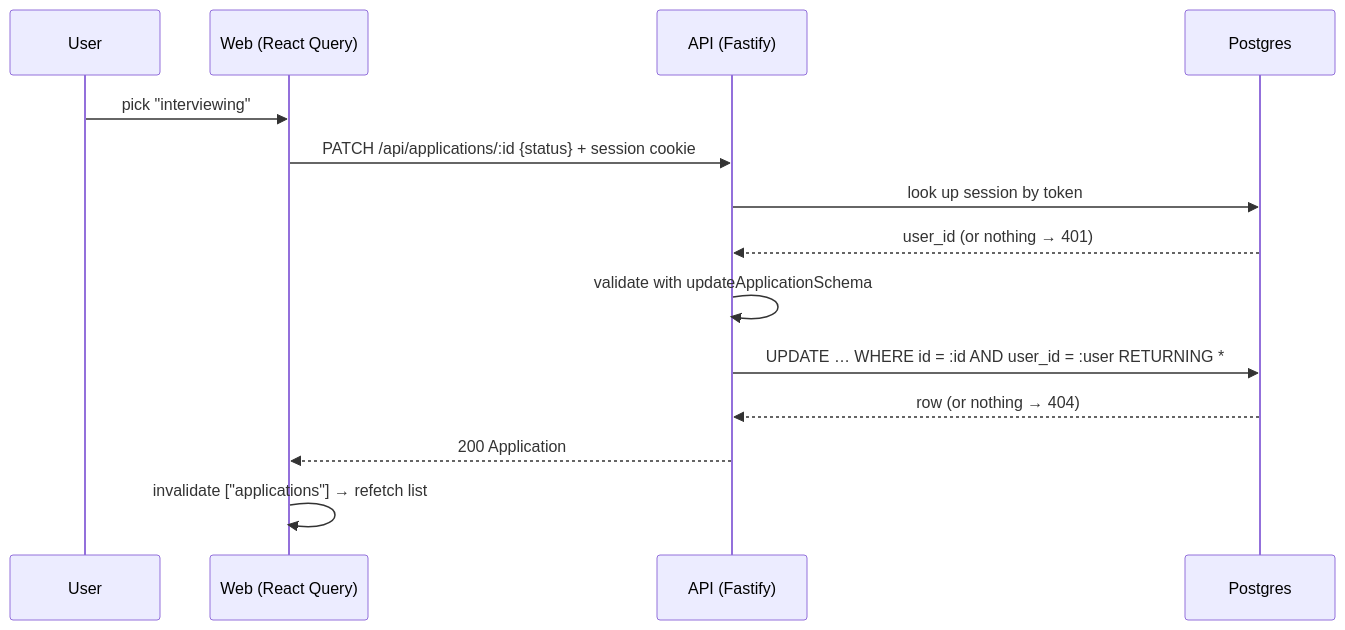
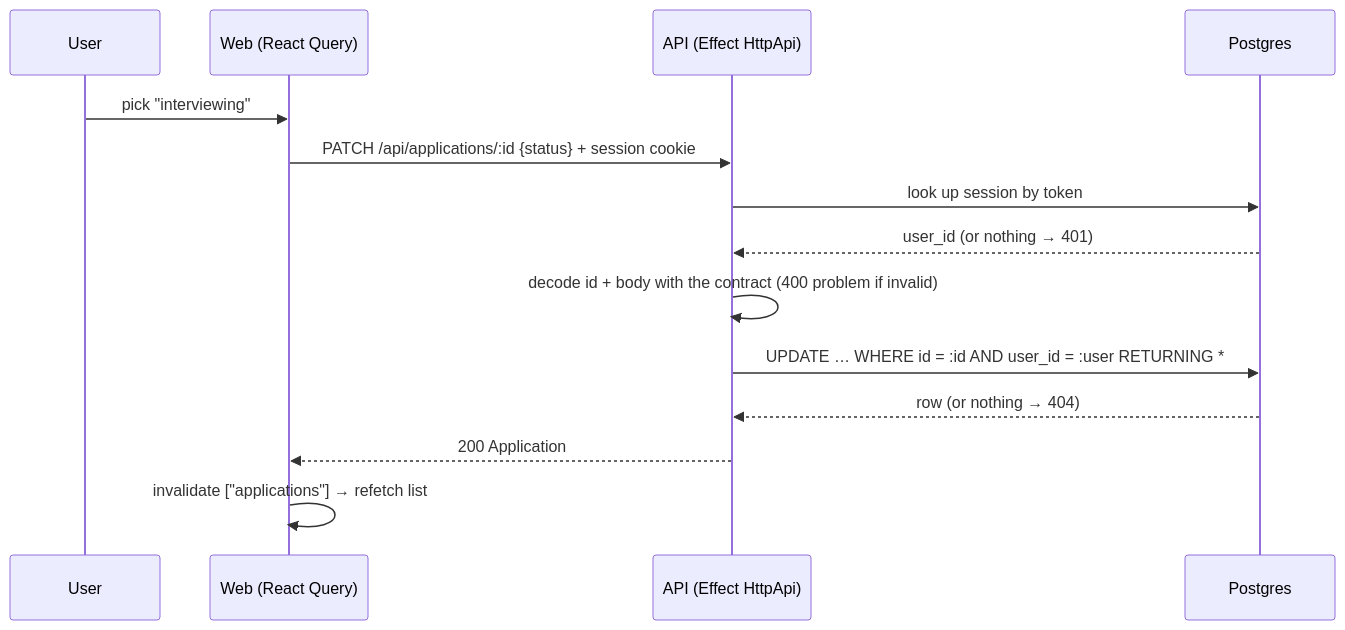
The third of 6 diagrams in docs/architecture.md (brianpatterson/interview-app), drawn with Mermaid before and after one commit. The commit also changed other lines of this file and 22 other files, not shown here.

First line of the commit message:
feat(api): serve the API with Effect HttpApi instead of Fastify (step 4b) (#39)

````diff
--- a/docs/architecture.md
+++ b/docs/architecture.md
@@ -149,16 +154,16 @@
 ```mermaid
 sequenceDiagram
   participant U as User
   participant W as Web (React Query)
-  participant A as API (Fastify)
+  participant A as API (Effect HttpApi)
   participant D as Postgres
   U->>W: pick "interviewing"
   W->>A: PATCH /api/applications/:id {status} + session cookie
   A->>D: look up session by token
   D-->>A: user_id (or nothing → 401)
-  A->>A: validate with updateApplicationSchema
+  A->>A: decode id + body with the contract (400 problem if invalid)
   A->>D: UPDATE … WHERE id = :id AND user_id = :user RETURNING *
   D-->>A: row (or nothing → 404)
   A-->>W: 200 Application
   W->>W: invalidate ["applications"] → refetch list
 ```
````
